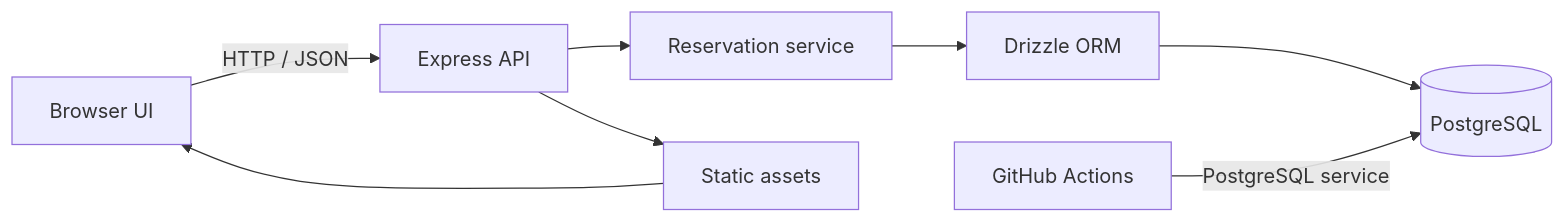
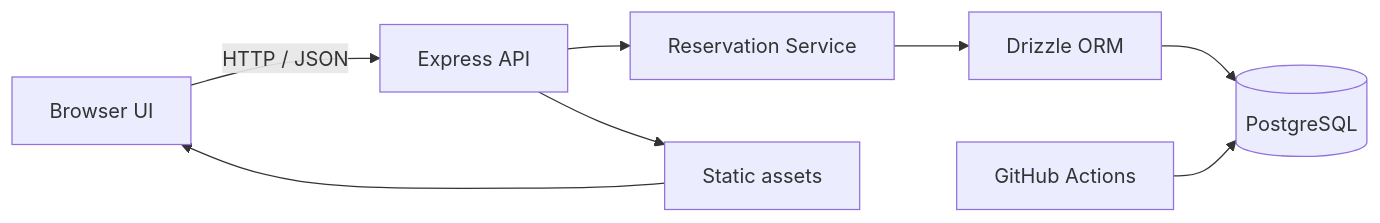
The diagram in README.md (ariatapin/flashreserve), drawn with Mermaid before and after one commit. The commit also changed other lines of this file, not shown here.

````diff
--- a/README.md
+++ b/README.md
@@ -17,10 +39,10 @@
 ```mermaid
 flowchart LR
     Browser[Browser UI] -->|HTTP / JSON| API[Express API]
-    API --> Service[Reservation service]
+    API --> Service[Reservation Service]
     Service --> ORM[Drizzle ORM]
     ORM --> PG[(PostgreSQL)]
     API --> Static[Static assets]
     Static --> Browser
-    CI[GitHub Actions] -->|PostgreSQL service| PG
+    CI[GitHub Actions] --> PG
 ```
````
